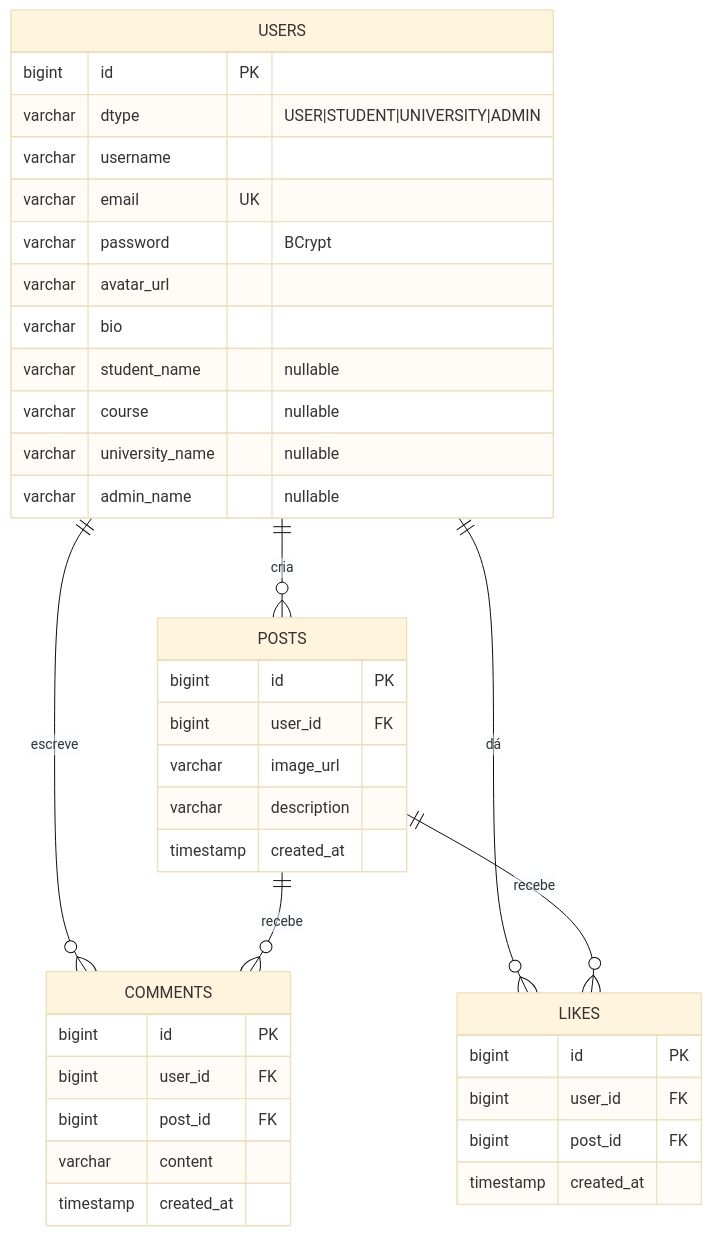
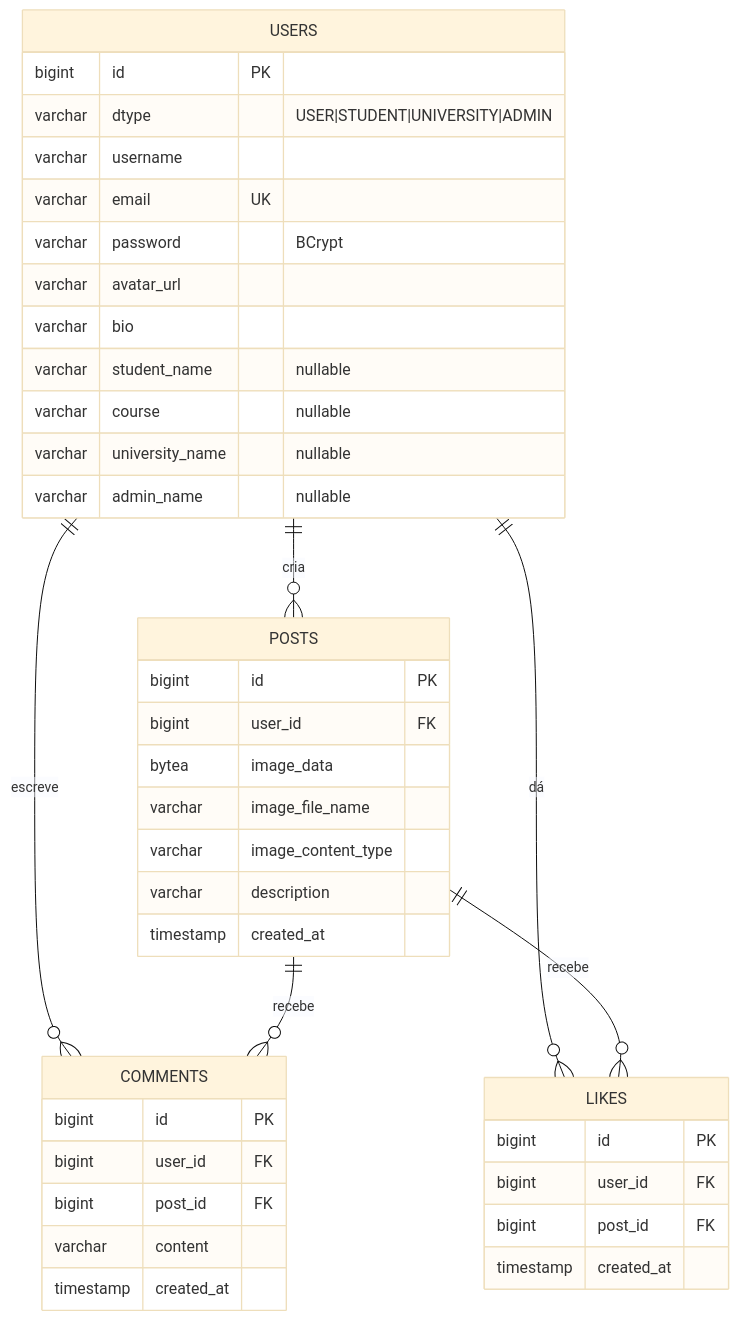
Before and after one commit to 4snt/SOCIAL-APP: the third of 8 diagrams in docs/ARCHITECTURE.md, drawn with Mermaid (base theme). The commit also changed other lines of this file and 1 other file, not shown here.

````diff
--- a/docs/ARCHITECTURE.md
+++ b/docs/ARCHITECTURE.md
@@ -127,45 +127,47 @@
 ```mermaid
 erDiagram
     USERS ||--o{ POSTS    : "cria"
     USERS ||--o{ COMMENTS : "escreve"
     USERS ||--o{ LIKES    : "dá"
     POSTS ||--o{ COMMENTS : "recebe"
     POSTS ||--o{ LIKES    : "recebe"
 
     USERS {
         bigint id PK
         varchar dtype "USER|STUDENT|UNIVERSITY|ADMIN"
         varchar username
         varchar email UK
         varchar password "BCrypt"
         varchar avatar_url
         varchar bio
         varchar student_name "nullable"
         varchar course "nullable"
         varchar university_name "nullable"
         varchar admin_name "nullable"
     }
 
     POSTS {
         bigint id PK
         bigint user_id FK
-        varchar image_url
+        bytea image_data
+        varchar image_file_name
+        varchar image_content_type
         varchar description
         timestamp created_at
     }
 
     COMMENTS {
         bigint id PK
         bigint user_id FK
         bigint post_id FK
         varchar content
         timestamp created_at
     }
 
     LIKES {
         bigint id PK
         bigint user_id FK
         bigint post_id FK
         timestamp created_at
     }
 ```
````
